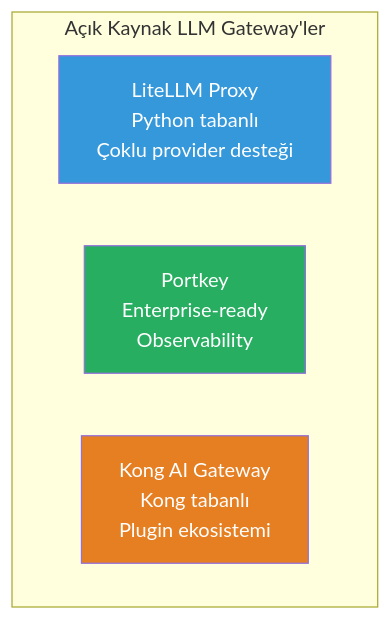
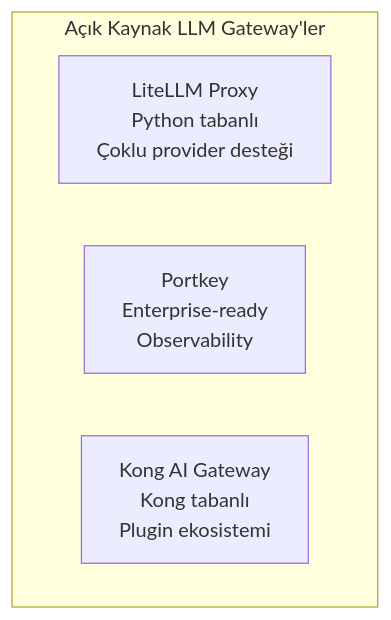
Before and after one commit to IzzetYasinAtes/ClaudeCodeHandbook: the third of 6 diagrams in 18-kurumsal-kullanim/05-llm-gateway.md, drawn with Mermaid. The commit also changed other lines of this file and 97 other files, not shown here.

Commit message:
Remove all custom Mermaid style/fill colors from 98 markdown files for consistent dark theme rendering

````diff
--- a/18-kurumsal-kullanim/05-llm-gateway.md
+++ b/18-kurumsal-kullanim/05-llm-gateway.md
@@ -94,12 +86,9 @@
 ```mermaid
 flowchart TD
     subgraph opensource ["Açık Kaynak LLM Gateway'ler"]
         LITELLM["LiteLLM Proxy<br/>Python tabanlı<br/>Çoklu provider desteği"]
         PORTKEY["Portkey<br/>Enterprise-ready<br/>Observability"]
         KONG["Kong AI Gateway<br/>Kong tabanlı<br/>Plugin ekosistemi"]
     end
 
-    style LITELLM fill:#3498DB,color:#fff
-    style PORTKEY fill:#27AE60,color:#fff
-    style KONG fill:#E67E22,color:#fff
 ```
````
